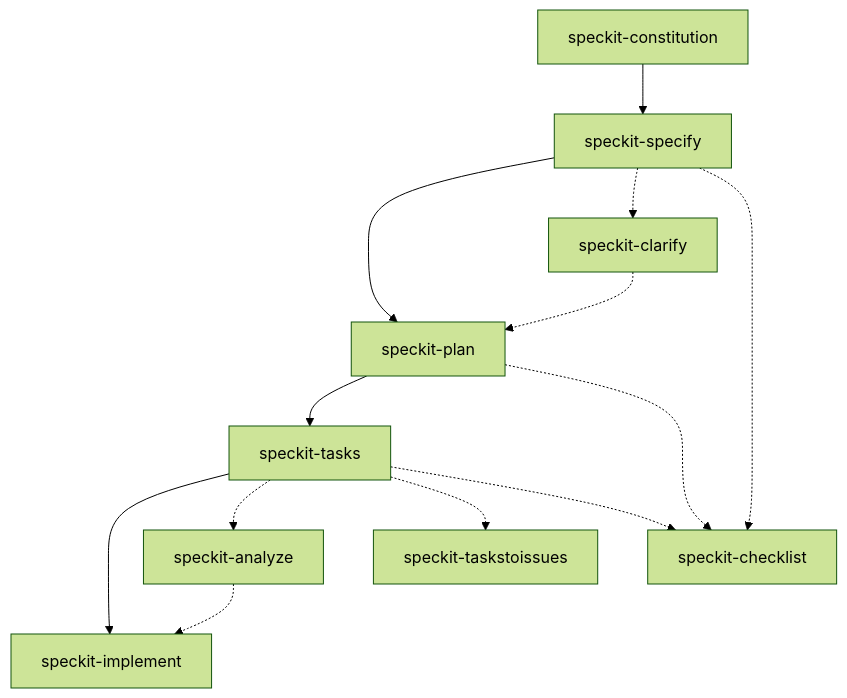
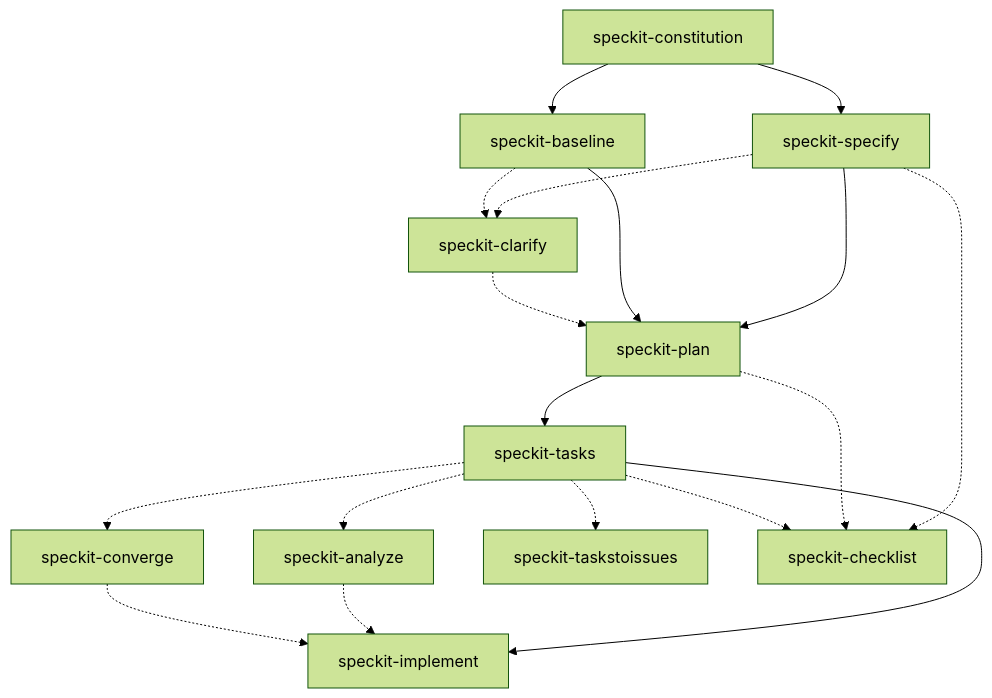
Before and after one commit to dceoy/spec-kit-agent-skills: the diagram in README.md, drawn with Mermaid (forest theme). The commit also changed other lines of this file and 1 other file, not shown here.

````diff
--- a/README.md
+++ b/README.md
@@ -55,18 +88,25 @@
 ```mermaid
 flowchart TD
-  %% Core (recommended order)
-  C0["speckit-constitution"] --> C1["speckit-specify"] --> C2["speckit-plan"] --> C3["speckit-tasks"] --> C4["speckit-implement"]
+  C0["speckit-constitution"] --> C1["speckit-specify"]
+  C0 --> B["speckit-baseline"]
+  C1 --> C2["speckit-plan"]
+  B --> C2
+  C2 --> C3["speckit-tasks"]
+  C3 --> C4["speckit-implement"]
 
-  %% Optional (dashed = insert/assist)
   C1 -.-> O1["speckit-clarify"]
+  B -.-> O1
   O1 -.-> C2
 
   C3 -.-> O2["speckit-analyze"]
   O2 -.-> C4
 
+  C3 -.-> O3["speckit-converge"]
+  O3 -.-> C4
+
   C3 -.-> O4["speckit-taskstoissues"]
 
-  C1 -.-> O3["speckit-checklist"]
-  C2 -.-> O3
-  C3 -.-> O3
+  C1 -.-> O5["speckit-checklist"]
+  C2 -.-> O5
+  C3 -.-> O5
 ```
````
